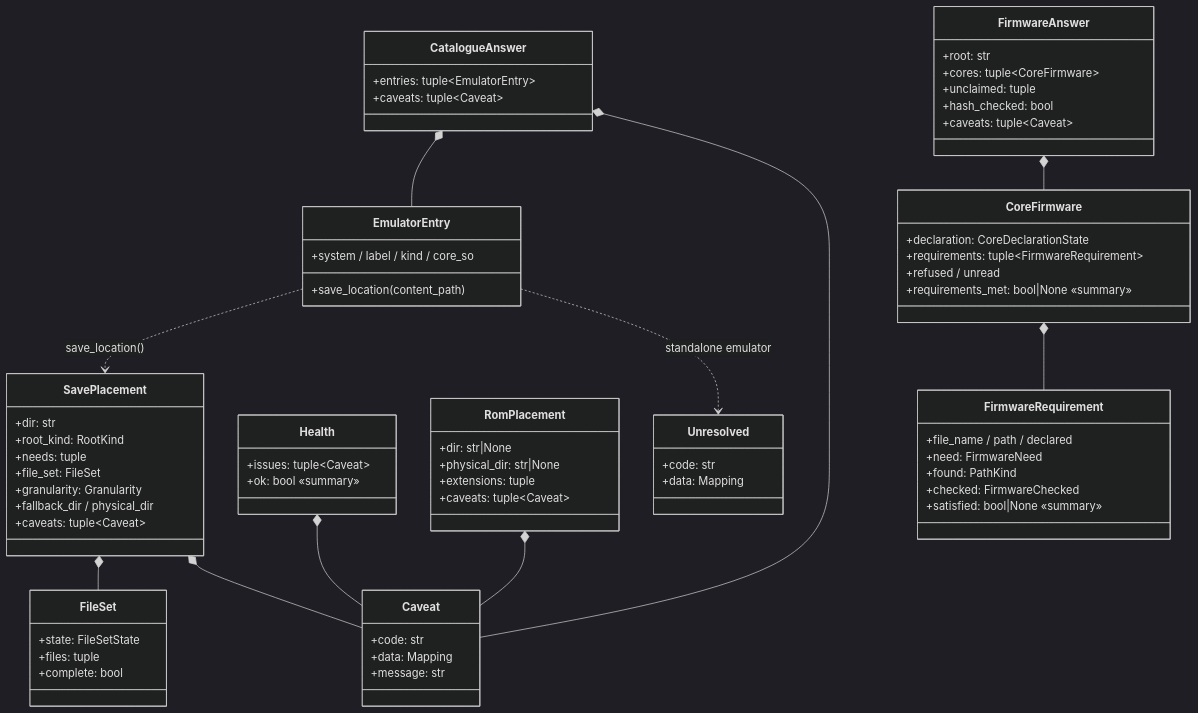
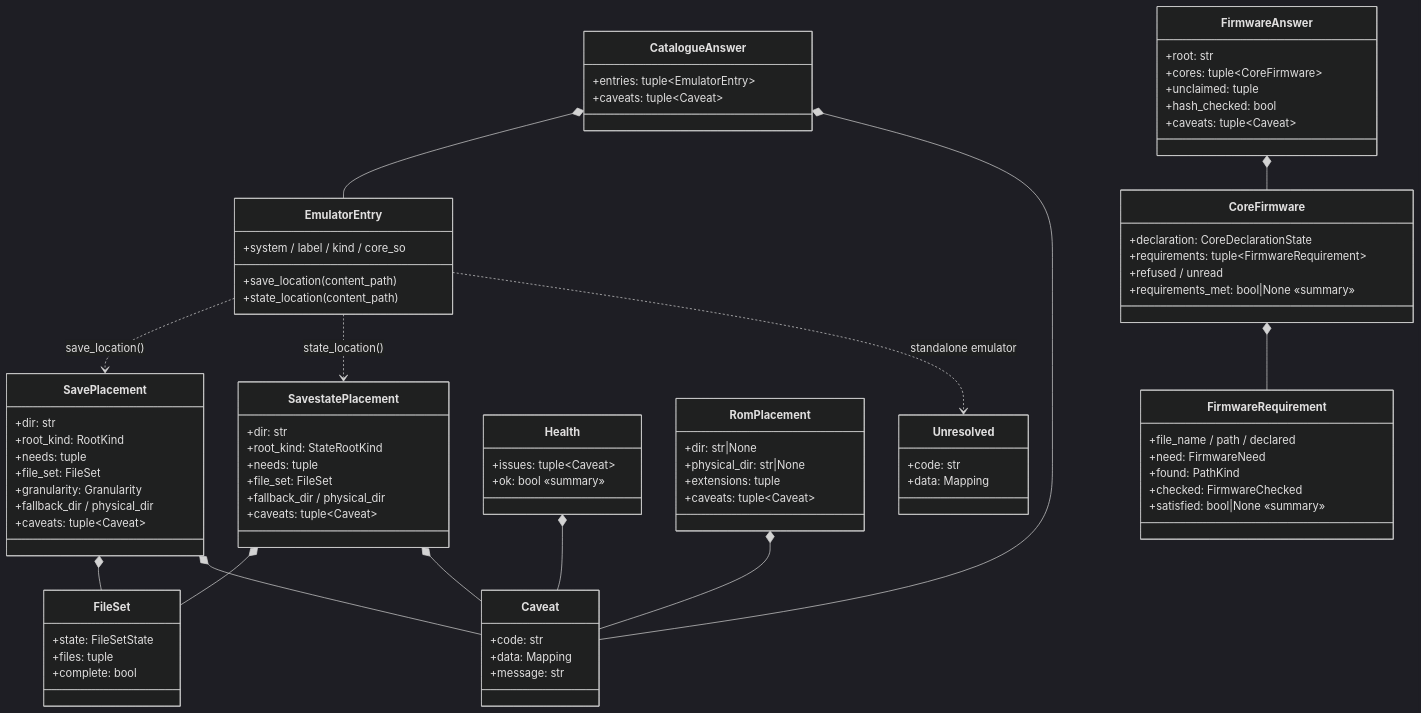
The third of 3 diagrams in docs/architecture.md (danielcopper/emu-atlas), drawn with Mermaid (dark theme) before and after one commit. The commit also changed other lines of this file and 22 other files, not shown here.

```diff
--- a/docs/architecture.md
+++ b/docs/architecture.md
@@ -117,6 +118,14 @@
         +needs: tuple
         +file_set: FileSet
         +granularity: Granularity
+        +fallback_dir / physical_dir
+        +caveats: tuple~Caveat~
+    }
+    class SavestatePlacement {
+        +dir: str
+        +root_kind: StateRootKind
+        +needs: tuple
+        +file_set: FileSet
         +fallback_dir / physical_dir
         +caveats: tuple~Caveat~
     }
@@ -142,6 +151,7 @@
     class EmulatorEntry {
         +system / label / kind / core_so
         +save_location(content_path)
+        +state_location(content_path)
     }
     class FirmwareAnswer {
         +root: str
@@ -173,12 +183,15 @@
         +data: Mapping
     }
 
+    SavestatePlacement *-- FileSet
+    SavestatePlacement *-- Caveat
     SavePlacement *-- FileSet
     SavePlacement *-- Caveat
     CatalogueAnswer *-- EmulatorEntry
     CatalogueAnswer *-- Caveat
     RomPlacement *-- Caveat
     EmulatorEntry ..> SavePlacement : save_location()
+    EmulatorEntry ..> SavestatePlacement : state_location()
     EmulatorEntry ..> Unresolved : standalone emulator
     FirmwareAnswer *-- CoreFirmware
     CoreFirmware *-- FirmwareRequirement
```
